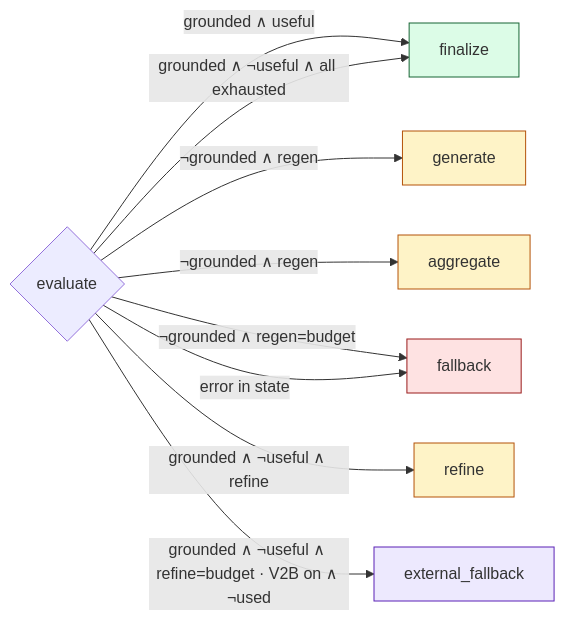
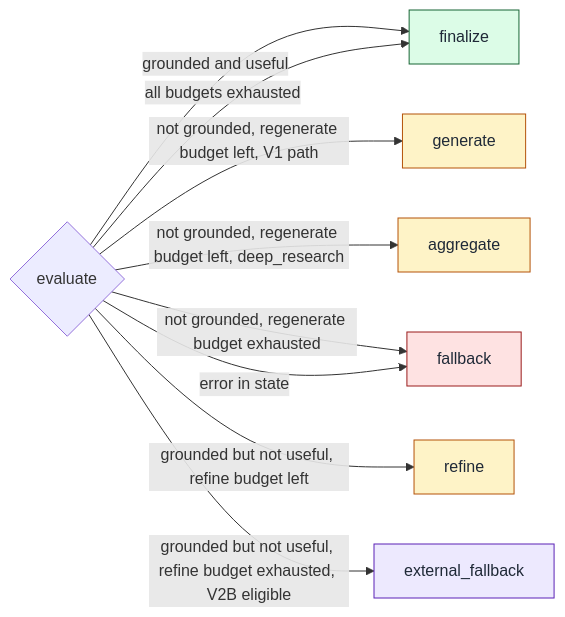
One commit to adi2355/multi-source-rag-pipeline changed the second of 4 diagrams in README.md. Above: the diagram before and after it, drawn with Mermaid.

Commit message:
docs: fix 3-way self-reflection edge diagram — drop < and = chars
Mermaid's edge-label parser treats '<' as the start of an HTML tag and
silently truncates the label, which collapsed both 'regen<budget · V1'
and 'regen<budget · V2A' down to '¬grounded ∧ regen' and made the two
edges visually identical. Same problem on 'refine<budget' and
'refine=budget'. Rewrite the labels in plain English (regenerate budget
left / refine budget exhausted / V2B eligible). Also declare nodes
explicitly up front so the layout is stable, and add a foreground color
to classDef styles so node text contrasts on dark themes.

````diff
--- a/README.md
+++ b/README.md
@@ -418,20 +418,28 @@
 ```mermaid
 flowchart LR
-    E{evaluate} -->|"grounded ∧ useful"| F[finalize]
-    E -->|"¬grounded ∧ regen<budget · V1"| G[generate]
-    E -->|"¬grounded ∧ regen<budget · V2A"| A[aggregate]
-    E -->|"¬grounded ∧ regen=budget"| FB[fallback]
-    E -->|"grounded ∧ ¬useful ∧ refine<budget"| R[refine]
-    E -->|"grounded ∧ ¬useful ∧ refine=budget · V2B on ∧ ¬used"| X[external_fallback]
-    E -->|"grounded ∧ ¬useful ∧ all exhausted"| F
+    E{evaluate}
+    F[finalize]
+    G[generate]
+    A[aggregate]
+    R[refine]
+    FB[fallback]
+    X[external_fallback]
+
+    E -->|"grounded and useful"| F
+    E -->|"not grounded, regenerate budget left, V1 path"| G
+    E -->|"not grounded, regenerate budget left, deep_research"| A
+    E -->|"not grounded, regenerate budget exhausted"| FB
+    E -->|"grounded but not useful, refine budget left"| R
+    E -->|"grounded but not useful, refine budget exhausted, V2B eligible"| X
+    E -->|"all budgets exhausted"| F
     E -->|"error in state"| FB
 
-    classDef ok fill:#dcfce7,stroke:#166534
-    classDef warn fill:#fef3c7,stroke:#b45309
-    classDef bad fill:#fee2e2,stroke:#991b1b
-    classDef ext fill:#ede9fe,stroke:#5b21b6
+    classDef ok fill:#dcfce7,stroke:#166534,color:#1f2937
+    classDef warn fill:#fef3c7,stroke:#b45309,color:#1f2937
+    classDef bad fill:#fee2e2,stroke:#991b1b,color:#1f2937
+    classDef ext fill:#ede9fe,stroke:#5b21b6,color:#1f2937
     class F ok
     class G,A,R warn
     class FB bad
     class X ext
 ```
````
